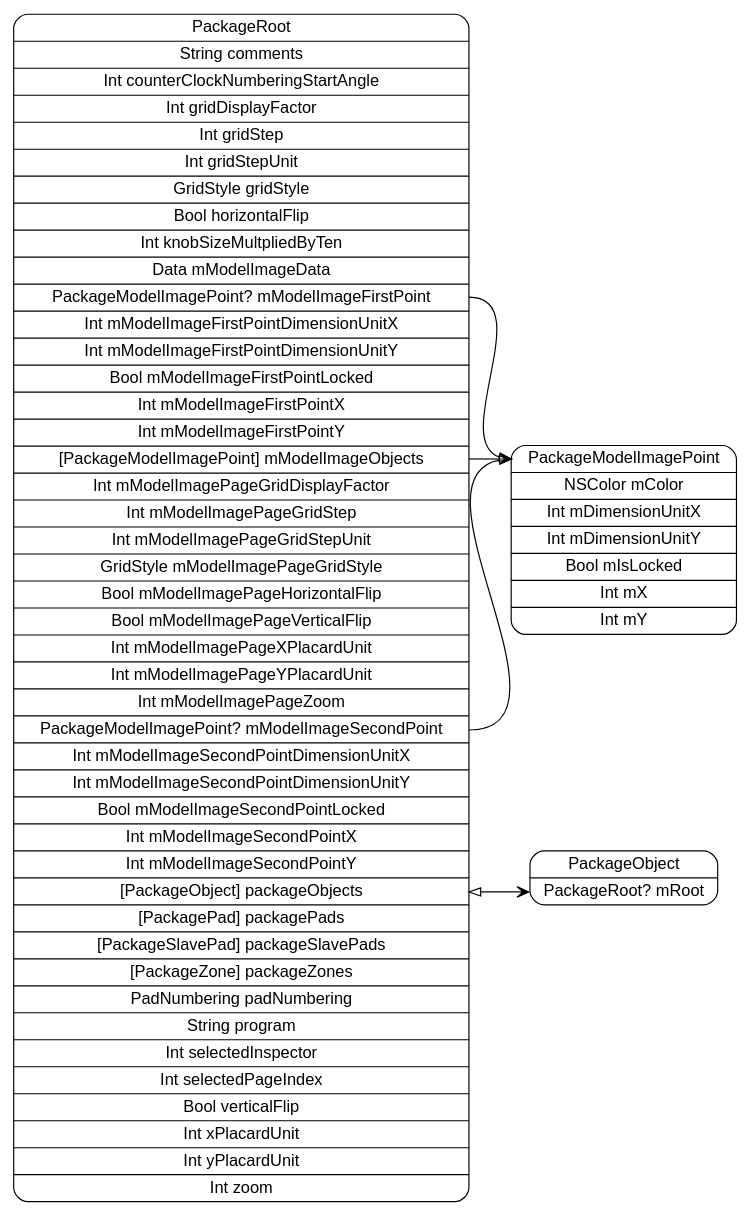
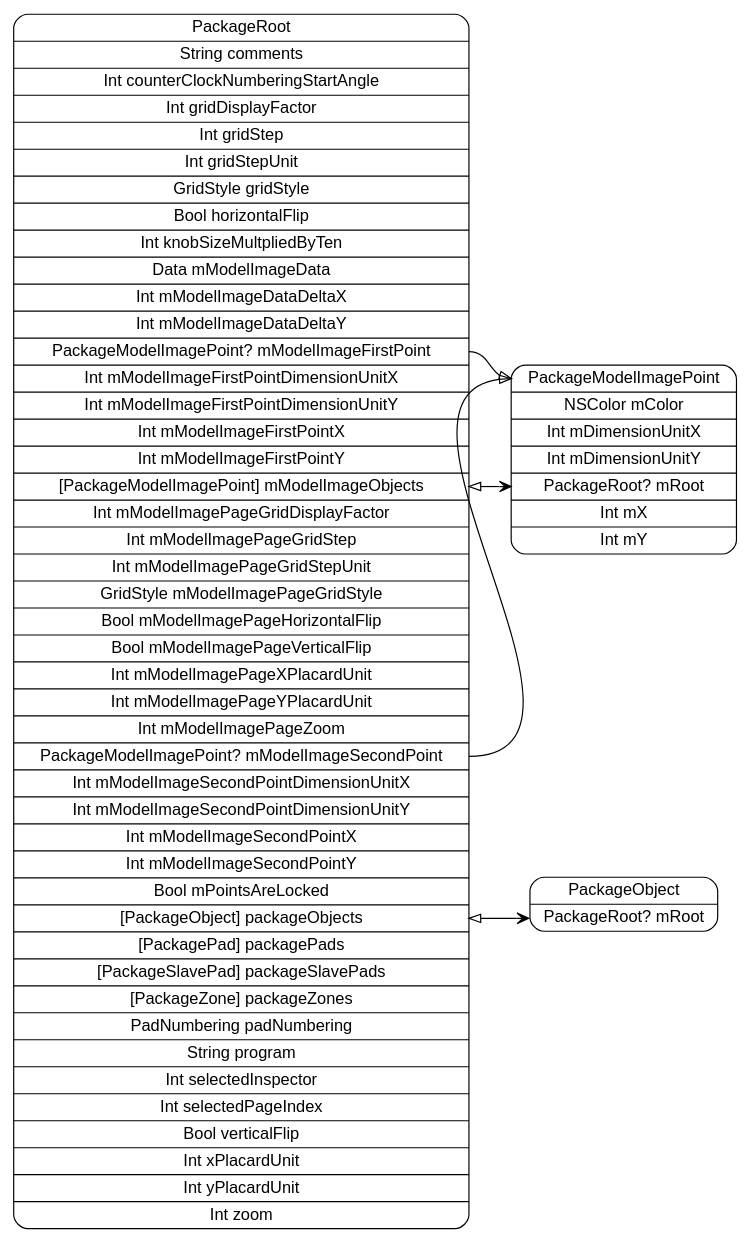
The diagram in models/PackageRoot.dot (pierremolinaro/ElCanari-dev), drawn with Graphviz before and after one commit. The commit also changed 24 other files, not shown here.

Commit message:
Package : model image, suite

```diff
--- a/models/PackageRoot.dot
+++ b/models/PackageRoot.dot
@@ -1,11 +1,11 @@
 digraph G {
   rankdir=LR ;
   node [shape=record fontname=helvetica style=rounded] ;
-  PackageRoot[label="<PackageRoot>PackageRoot|String comments|Int counterClockNumberingStartAngle|Int gridDisplayFactor|Int gridStep|Int gridStepUnit|GridStyle gridStyle|Bool horizontalFlip|Int knobSizeMultpliedByTen|Data mModelImageData|<mModelImageFirstPoint>PackageModelImagePoint? mModelImageFirstPoint|Int mModelImageFirstPointDimensionUnitX|Int mModelImageFirstPointDimensionUnitY|Bool mModelImageFirstPointLocked|Int mModelImageFirstPointX|Int mModelImageFirstPointY|<mModelImageObjects>[PackageModelImagePoint] mModelImageObjects|Int mModelImagePageGridDisplayFactor|Int mModelImagePageGridStep|Int mModelImagePageGridStepUnit|GridStyle mModelImagePageGridStyle|Bool mModelImagePageHorizontalFlip|Bool mModelImagePageVerticalFlip|Int mModelImagePageXPlacardUnit|Int mModelImagePageYPlacardUnit|Int mModelImagePageZoom|<mModelImageSecondPoint>PackageModelImagePoint? mModelImageSecondPoint|Int mModelImageSecondPointDimensionUnitX|Int mModelImageSecondPointDimensionUnitY|Bool mModelImageSecondPointLocked|Int mModelImageSecondPointX|Int mModelImageSecondPointY|<packageObjects>[PackageObject] packageObjects|<packagePads>[PackagePad] packagePads|<packageSlavePads>[PackageSlavePad] packageSlavePads|<packageZones>[PackageZone] packageZones|PadNumbering padNumbering|String program|Int selectedInspector|Int selectedPageIndex|Bool verticalFlip|Int xPlacardUnit|Int yPlacardUnit|Int zoom"] ;
+  PackageRoot[label="<PackageRoot>PackageRoot|String comments|Int counterClockNumberingStartAngle|Int gridDisplayFactor|Int gridStep|Int gridStepUnit|GridStyle gridStyle|Bool horizontalFlip|Int knobSizeMultpliedByTen|Data mModelImageData|Int mModelImageDataDeltaX|Int mModelImageDataDeltaY|<mModelImageFirstPoint>PackageModelImagePoint? mModelImageFirstPoint|Int mModelImageFirstPointDimensionUnitX|Int mModelImageFirstPointDimensionUnitY|Int mModelImageFirstPointX|Int mModelImageFirstPointY|<mModelImageObjects>[PackageModelImagePoint] mModelImageObjects|Int mModelImagePageGridDisplayFactor|Int mModelImagePageGridStep|Int mModelImagePageGridStepUnit|GridStyle mModelImagePageGridStyle|Bool mModelImagePageHorizontalFlip|Bool mModelImagePageVerticalFlip|Int mModelImagePageXPlacardUnit|Int mModelImagePageYPlacardUnit|Int mModelImagePageZoom|<mModelImageSecondPoint>PackageModelImagePoint? mModelImageSecondPoint|Int mModelImageSecondPointDimensionUnitX|Int mModelImageSecondPointDimensionUnitY|Int mModelImageSecondPointX|Int mModelImageSecondPointY|Bool mPointsAreLocked|<packageObjects>[PackageObject] packageObjects|<packagePads>[PackagePad] packagePads|<packageSlavePads>[PackageSlavePad] packageSlavePads|<packageZones>[PackageZone] packageZones|PadNumbering padNumbering|String program|Int selectedInspector|Int selectedPageIndex|Bool verticalFlip|Int xPlacardUnit|Int yPlacardUnit|Int zoom"] ;
   PackageObject[label="<PackageObject>PackageObject|<mRoot>PackageRoot? mRoot"] ;
-  PackageModelImagePoint[label="<PackageModelImagePoint>PackageModelImagePoint|NSColor mColor|Int mDimensionUnitX|Int mDimensionUnitY|Bool mIsLocked|Int mX|Int mY"] ;
+  PackageModelImagePoint[label="<PackageModelImagePoint>PackageModelImagePoint|NSColor mColor|Int mDimensionUnitX|Int mDimensionUnitY|<mRoot>PackageRoot? mRoot|Int mX|Int mY"] ;
   PackageRoot:mModelImageFirstPoint -> PackageModelImagePoint:PackageModelImagePoint [dir=both arrowtail=none arrowhead=onormal] ;
-  PackageRoot:mModelImageObjects -> PackageModelImagePoint:PackageModelImagePoint [dir=both arrowtail=none arrowhead=vee] ;
+  PackageRoot:mModelImageObjects -> PackageModelImagePoint:mRoot [dir=both arrowtail=onormal arrowhead=vee] ;
   PackageRoot:mModelImageSecondPoint -> PackageModelImagePoint:PackageModelImagePoint [dir=both arrowtail=none arrowhead=onormal] ;
   PackageRoot:packageObjects -> PackageObject:mRoot [dir=both arrowtail=onormal arrowhead=vee] ;
 }
```
